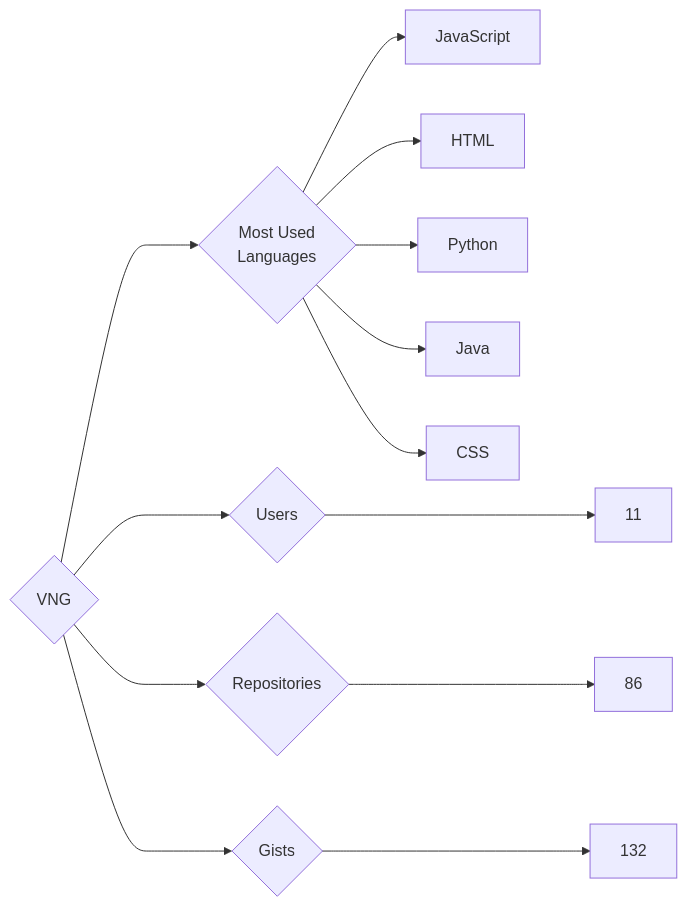
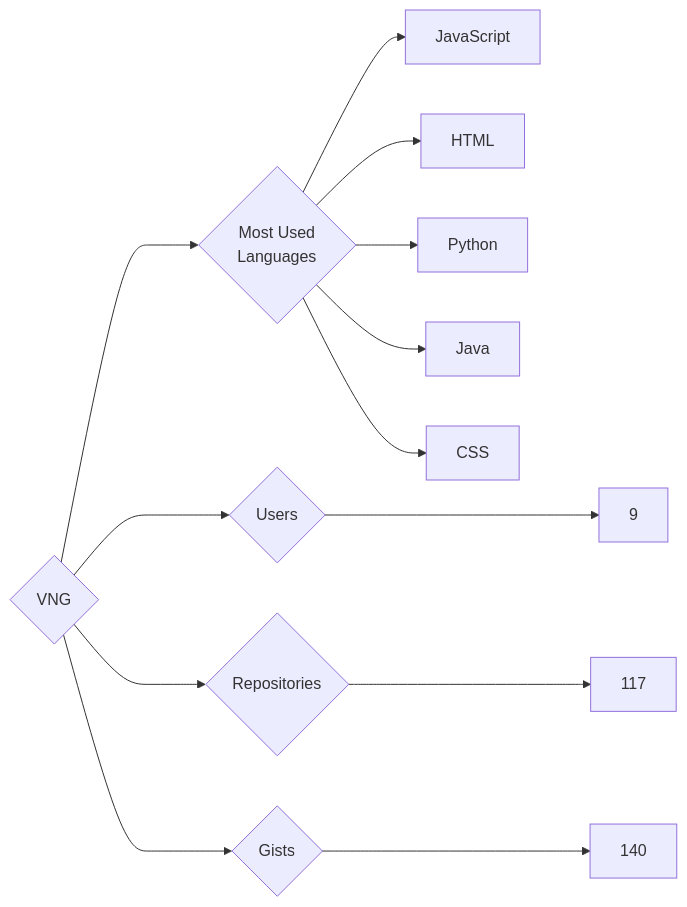
The diagram in targets/VNG/README.md (trickest/insiders), drawn with Mermaid before and after one commit. The commit also changed 1484 other files, not shown here.

````diff
--- a/targets/VNG/README.md
+++ b/targets/VNG/README.md
@@ -3,13 +3,13 @@
 ```mermaid
 graph LR
 COMPANY_NAME{VNG}
-COMPANY_NAME ---> U{Users} ---> UN[11]
-COMPANY_NAME ---> R{Repositories} ---> RN[86]
-COMPANY_NAME ---> G{Gists} ---> GN[132]
+COMPANY_NAME ---> U{Users} ---> UN[9]
+COMPANY_NAME ---> R{Repositories} ---> RN[117]
+COMPANY_NAME ---> G{Gists} ---> GN[140]
 COMPANY_NAME ---> ML{Most Used<br>Languages}
 ML --> JavaScript[JavaScript]
 ML --> HTML[HTML]
 ML --> Python[Python]
 ML --> Java[Java]
 ML --> CSS[CSS]
 ```
````
